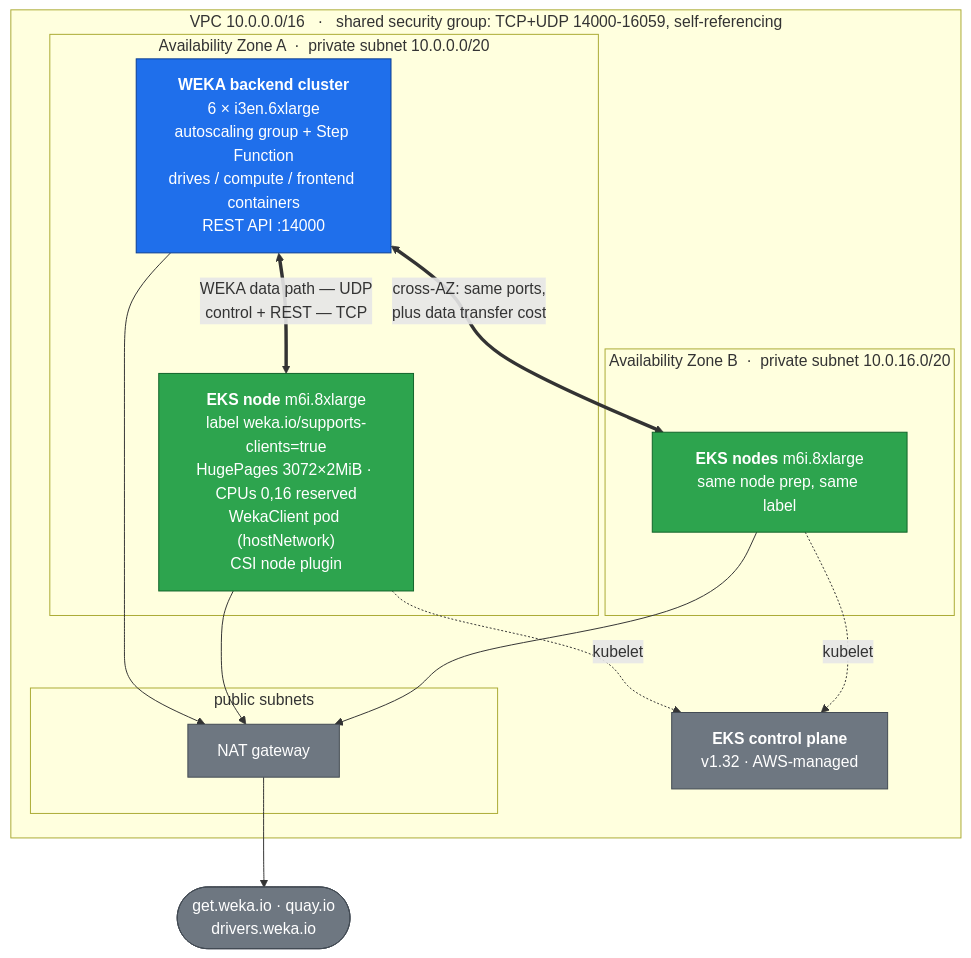
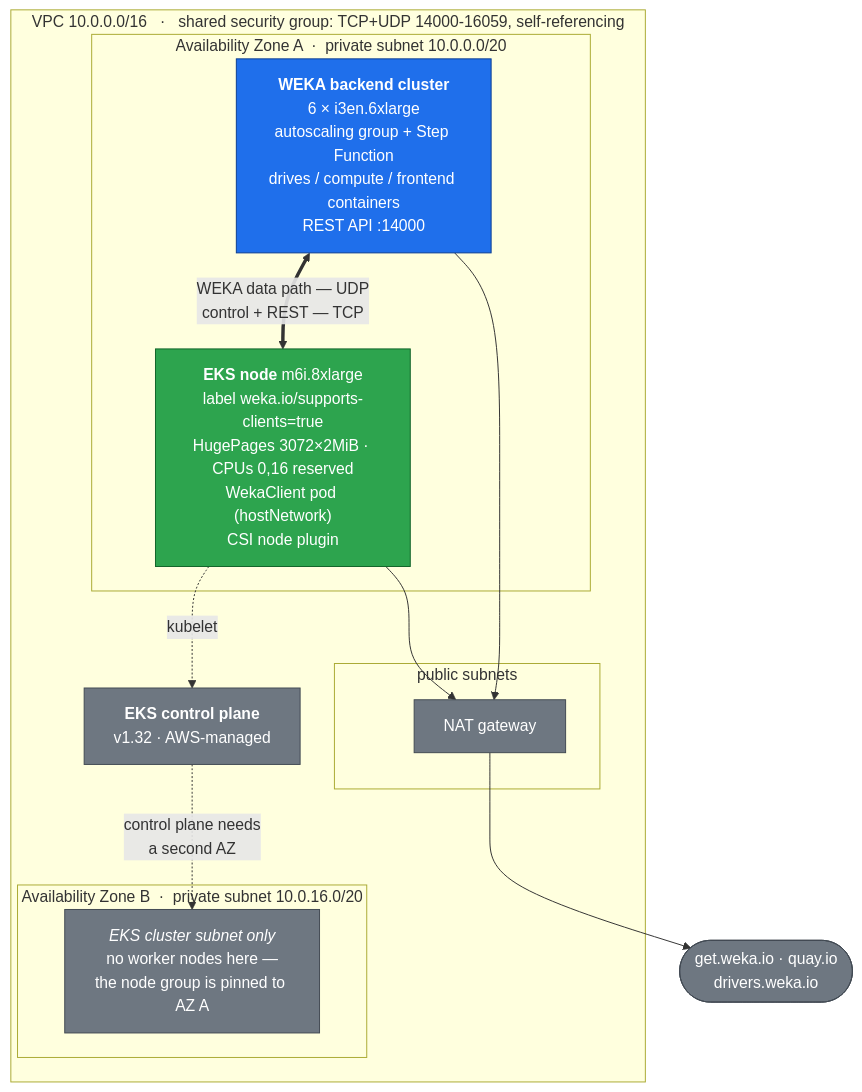
The diagram in README.md (mbookham7/mb-weka-operator-csi-blog), drawn with Mermaid before and after one commit. The commit also changed other lines of this file and 11 other files, not shown here.

First line of the commit message:
Pin the client node group to the backends' AZ, and add PodDisruptionBudgets

````diff
--- a/README.md
+++ b/README.md
@@ -58,34 +66,33 @@
 ```mermaid
 graph TB
     subgraph VPC["VPC 10.0.0.0/16 &nbsp;&nbsp;·&nbsp;&nbsp; shared security group: TCP+UDP 14000-16059, self-referencing"]
         subgraph AZA["Availability Zone A &nbsp;·&nbsp; private subnet 10.0.0.0/20"]
             WEKA["<b>WEKA backend cluster</b><br/>6 × i3en.6xlarge<br/>autoscaling group + Step Function<br/>drives / compute / frontend containers<br/>REST API :14000"]
             N1["<b>EKS node</b> m6i.8xlarge<br/>label weka.io/supports-clients=true<br/>HugePages 3072×2MiB · CPUs 0,16 reserved<br/>WekaClient pod (hostNetwork)<br/>CSI node plugin"]
         end
         subgraph AZB["Availability Zone B &nbsp;·&nbsp; private subnet 10.0.16.0/20"]
-            N2["<b>EKS nodes</b> m6i.8xlarge<br/>same node prep, same label"]
+            N2["<i>EKS cluster subnet only</i><br/>no worker nodes here —<br/>the node group is pinned to AZ A"]
         end
         subgraph PUB["public subnets"]
             NAT["NAT gateway"]
         end
         EKSCP["<b>EKS control plane</b><br/>v1.32 · AWS-managed"]
     end
 
     NET(["get.weka.io · quay.io<br/>drivers.weka.io"])
 
     WEKA <==>|"WEKA data path — UDP<br/>control + REST — TCP"| N1
-    WEKA <==>|"cross-AZ: same ports,<br/>plus data transfer cost"| N2
+    EKSCP -.->|"control plane needs<br/>a second AZ"| N2
     N1 -.->|kubelet| EKSCP
-    N2 -.->|kubelet| EKSCP
     WEKA --> NAT
     N1 --> NAT
-    N2 --> NAT
     NAT --> NET
 
     classDef weka fill:#1f6feb,stroke:#0b3d91,color:#fff
     classDef node fill:#2da44e,stroke:#116329,color:#fff
     classDef infra fill:#6e7781,stroke:#424a53,color:#fff
     class WEKA weka
-    class N1,N2 node
+    class N1 node
+    class N2 infra
     class NAT,EKSCP,NET infra
 ```
````
